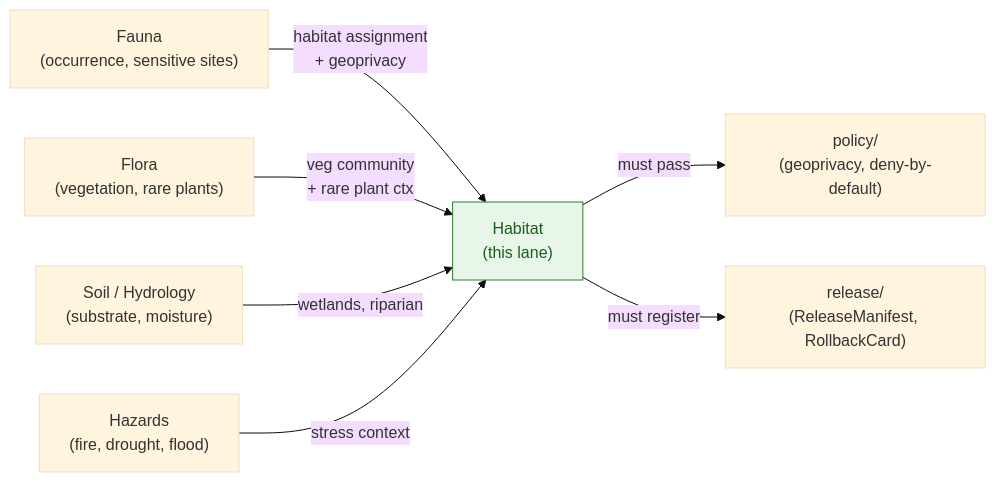
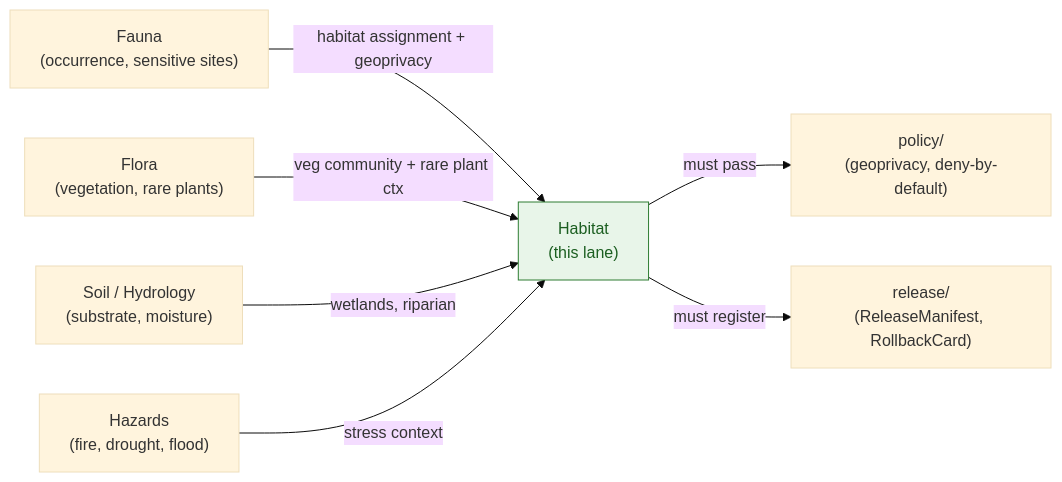
Before and after one commit to bartytime4life/Kansas-Frontier-Matrix: the first of 2 diagrams in docs/domains/habitat/VERIFICATION_BACKLOG.md, drawn with Mermaid (base theme). The commit also changed other lines of this file, not shown here.

````diff
--- a/docs/domains/habitat/VERIFICATION_BACKLOG.md
+++ b/docs/domains/habitat/VERIFICATION_BACKLOG.md
@@ -233,20 +246,20 @@
 ```mermaid
 flowchart LR
-  HAB["Habitat\n(this lane)"]
-  FAUNA["Fauna\n(occurrence, sensitive sites)"]
-  FLORA["Flora\n(vegetation, rare plants)"]
-  SOIL["Soil / Hydrology\n(substrate, moisture)"]
-  HAZ["Hazards\n(fire, drought, flood)"]
-  POL["policy/\n(geoprivacy, deny-by-default)"]
-  REL["release/\n(ReleaseManifest, RollbackCard)"]
+  HAB["Habitat<br/>(this lane)"]
+  FAUNA["Fauna<br/>(occurrence, sensitive sites)"]
+  FLORA["Flora<br/>(vegetation, rare plants)"]
+  SOIL["Soil / Hydrology<br/>(substrate, moisture)"]
+  HAZ["Hazards<br/>(fire, drought, flood)"]
+  POL["policy/<br/>(geoprivacy, deny-by-default)"]
+  REL["release/<br/>(ReleaseManifest, RollbackCard)"]
 
-  FAUNA -- "habitat assignment\n+ geoprivacy" --> HAB
-  FLORA -- "veg community\n+ rare plant ctx" --> HAB
-  SOIL  -- "wetlands, riparian" --> HAB
-  HAZ   -- "stress context" --> HAB
-  HAB   -- "must pass" --> POL
-  HAB   -- "must register" --> REL
+  FAUNA -->|"habitat assignment + geoprivacy"| HAB
+  FLORA -->|"veg community + rare plant ctx"| HAB
+  SOIL  -->|"wetlands, riparian"| HAB
+  HAZ   -->|"stress context"| HAB
+  HAB   -->|"must pass"| POL
+  HAB   -->|"must register"| REL
 
   classDef this fill:#e8f5e9,stroke:#2e7d32,color:#1b5e20;
   class HAB this;
 ```
````
